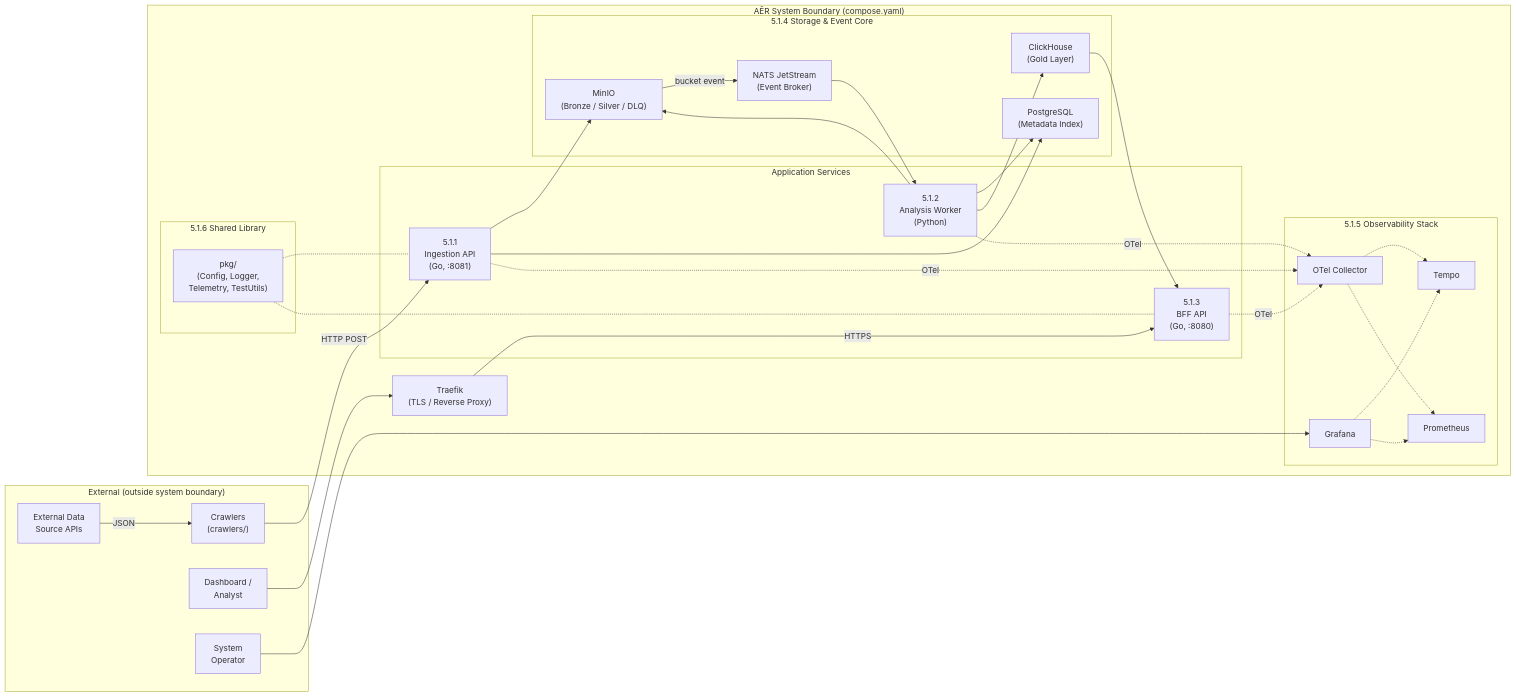
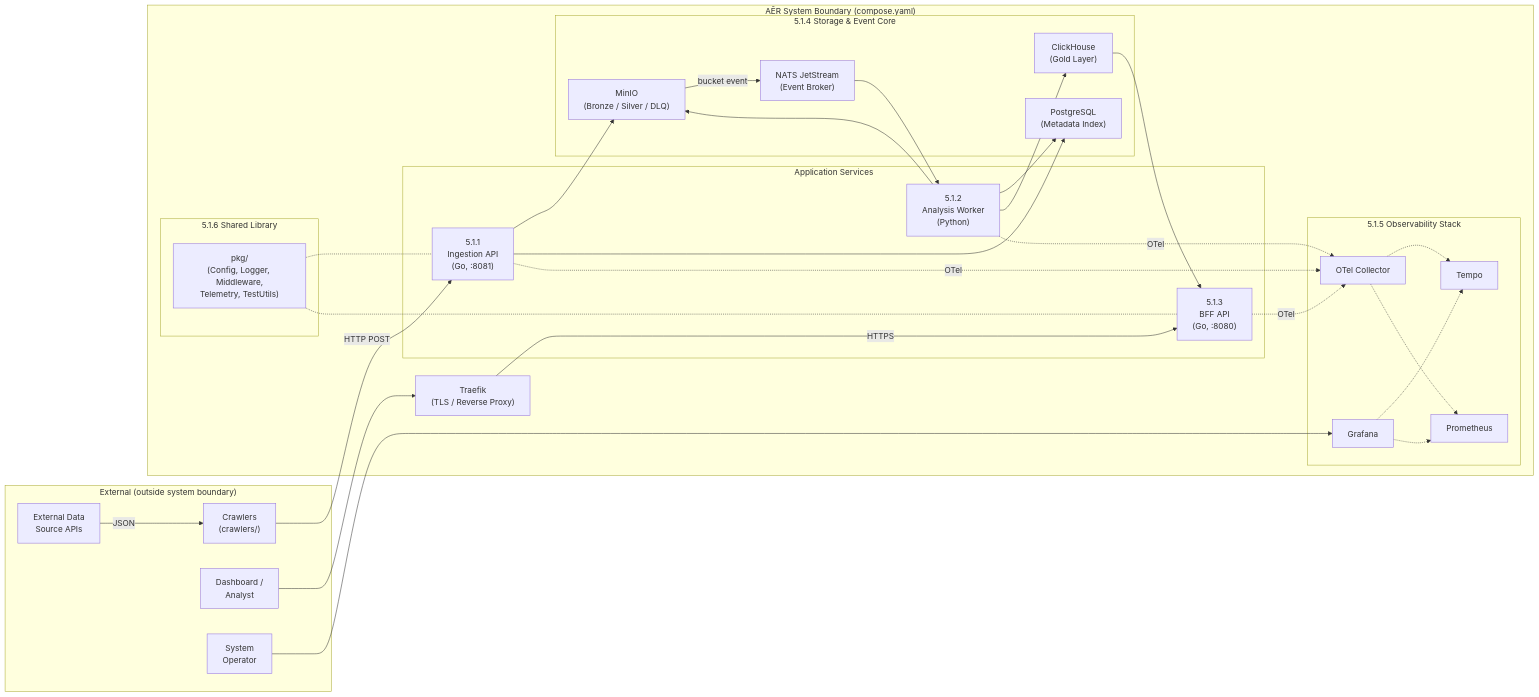
One commit to frogfromlake/aer changed the diagram in docs/arc42/05_building_block_view.md. Above: the diagram before and after it, drawn with Mermaid. The commit also changed other lines of this file and 6 other files, not shown here.

````diff
--- a/docs/arc42/05_building_block_view.md
+++ b/docs/arc42/05_building_block_view.md
@@ -7,60 +7,60 @@
 ```mermaid
 graph LR
     subgraph "External (outside system boundary)"
         Sources["External Data<br/>Source APIs"]
         Crawlers["Crawlers<br/>(crawlers/)"]
         Consumer["Dashboard /<br/>Analyst"]
         Operator["System<br/>Operator"]
     end
 
     subgraph "AĒR System Boundary (compose.yaml)"
         subgraph "Application Services"
             Ingestion["5.1.1<br/>Ingestion API<br/>(Go, :8081)"]
             Worker["5.1.2<br/>Analysis Worker<br/>(Python)"]
             BFF["5.1.3<br/>BFF API<br/>(Go, :8080)"]
         end
 
         subgraph "5.1.4 Storage & Event Core"
             MinIO["MinIO<br/>(Bronze / Silver / DLQ)"]
             PG["PostgreSQL<br/>(Metadata Index)"]
             CH["ClickHouse<br/>(Gold Layer)"]
             NATS["NATS JetStream<br/>(Event Broker)"]
         end
 
         subgraph "5.1.5 Observability Stack"
             OTel["OTel Collector"]
             Tempo["Tempo"]
             Prom["Prometheus"]
             Grafana["Grafana"]
         end
 
         subgraph "5.1.6 Shared Library"
-            Pkg["pkg/<br/>(Config, Logger,<br/>Telemetry, TestUtils)"]
+            Pkg["pkg/<br/>(Config, Logger, Middleware,<br/>Telemetry, TestUtils)"]
         end
 
         Traefik["Traefik<br/>(TLS / Reverse Proxy)"]
     end
 
     Sources -->|"JSON"| Crawlers
     Crawlers -->|"HTTP POST"| Ingestion
     Ingestion --> MinIO
     Ingestion --> PG
     MinIO -->|"bucket event"| NATS
     NATS --> Worker
     Worker --> MinIO
     Worker --> PG
     Worker --> CH
     CH --> BFF
     Traefik -->|"HTTPS"| BFF
     Consumer --> Traefik
     Operator --> Grafana
     Ingestion -.->|"OTel"| OTel
     Worker -.->|"OTel"| OTel
     BFF -.->|"OTel"| OTel
     OTel -.-> Tempo
     OTel -.-> Prom
     Grafana -.-> Tempo
     Grafana -.-> Prom
     Pkg -.- Ingestion
     Pkg -.- BFF
 ```
````
